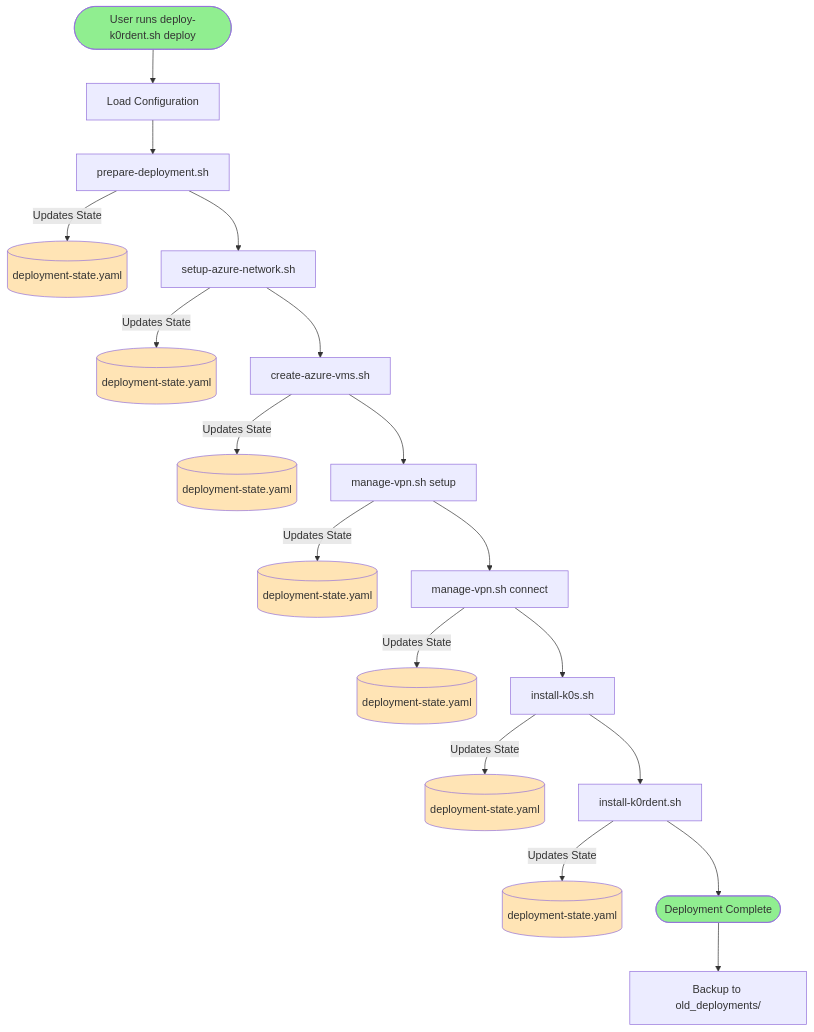
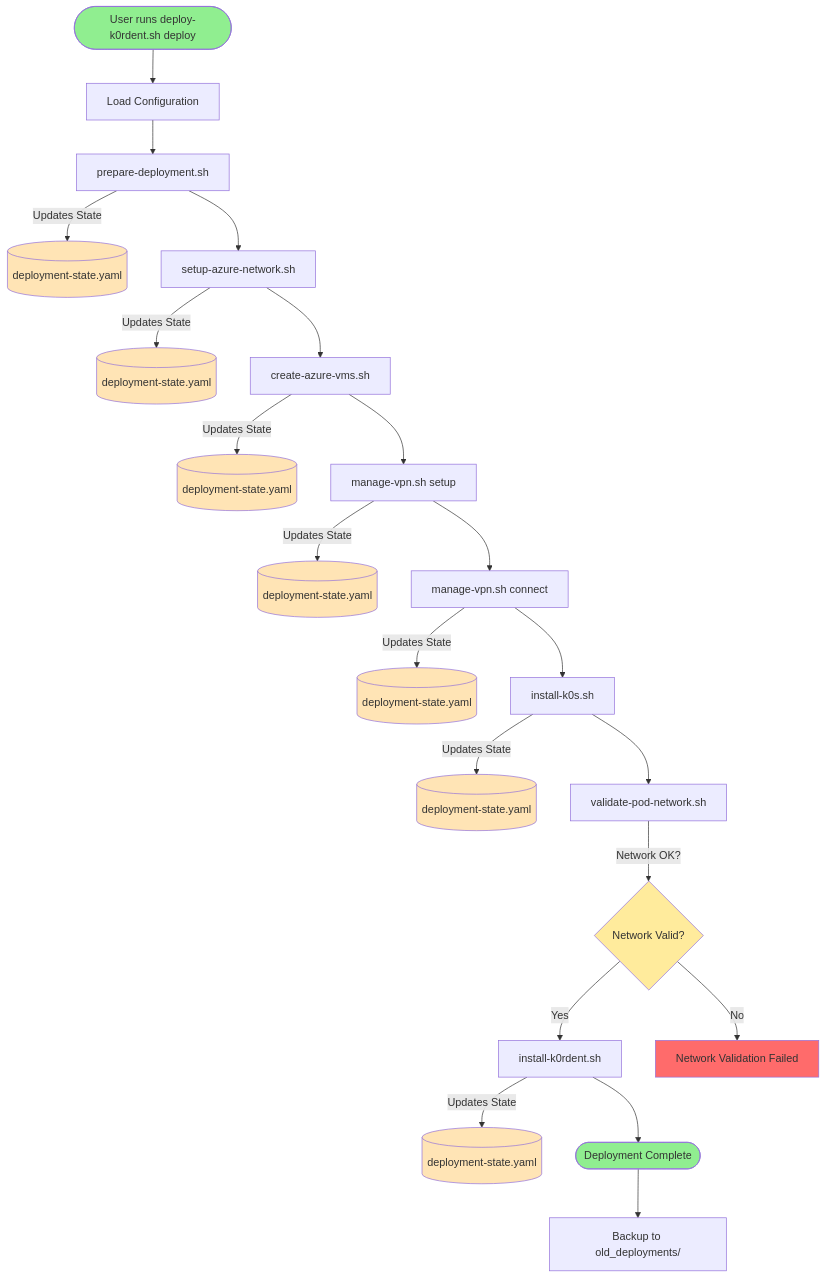
The first of 6 diagrams in docs/PROGRAM_FLOW_DIAGRAM.md (randybias/k0rdent-azure-setup), drawn with Mermaid before and after one commit. The commit also changed other lines of this file and 10 other files, not shown here.

First line of the commit message:
Add network validation to k0s cluster deployment

````diff
--- a/docs/PROGRAM_FLOW_DIAGRAM.md
+++ b/docs/PROGRAM_FLOW_DIAGRAM.md
@@ -8,38 +8,44 @@
 ```mermaid
 graph TD
     Start([User runs deploy-k0rdent.sh deploy]) --> LoadConfig[Load Configuration]
     
     LoadConfig --> PrepDeploy[prepare-deployment.sh]
     PrepDeploy --> |Updates State| State1[(deployment-state.yaml)]
     
     PrepDeploy --> SetupNet[setup-azure-network.sh]
     SetupNet --> |Updates State| State2[(deployment-state.yaml)]
     
     SetupNet --> CreateVMs[create-azure-vms.sh]
     CreateVMs --> |Updates State| State3[(deployment-state.yaml)]
     
     CreateVMs --> SetupVPN[manage-vpn.sh setup]
     SetupVPN --> |Updates State| State4[(deployment-state.yaml)]
     
     SetupVPN --> ConnectVPN[manage-vpn.sh connect]
     ConnectVPN --> |Updates State| State5[(deployment-state.yaml)]
     
     ConnectVPN --> Installk0s[install-k0s.sh]
     Installk0s --> |Updates State| State6[(deployment-state.yaml)]
     
-    Installk0s --> Installk0rdent[install-k0rdent.sh]
+    Installk0s --> ValidateNet[validate-pod-network.sh]
+    ValidateNet --> |Network OK?| NetDecision{Network Valid?}
+    NetDecision -->|Yes| Installk0rdent[install-k0rdent.sh]
+    NetDecision -->|No| FailNet[Network Validation Failed]
+    
     Installk0rdent --> |Updates State| State7[(deployment-state.yaml)]
     
     Installk0rdent --> Complete([Deployment Complete])
     Complete --> Backup[Backup to old_deployments/]
     
     style Start fill:#90EE90
     style Complete fill:#90EE90
     style State1 fill:#FFE4B5
     style State2 fill:#FFE4B5
     style State3 fill:#FFE4B5
     style State4 fill:#FFE4B5
     style State5 fill:#FFE4B5
     style State6 fill:#FFE4B5
     style State7 fill:#FFE4B5
+    style FailNet fill:#FF6B6B
+    style NetDecision fill:#FFEB9C
 ```
````
